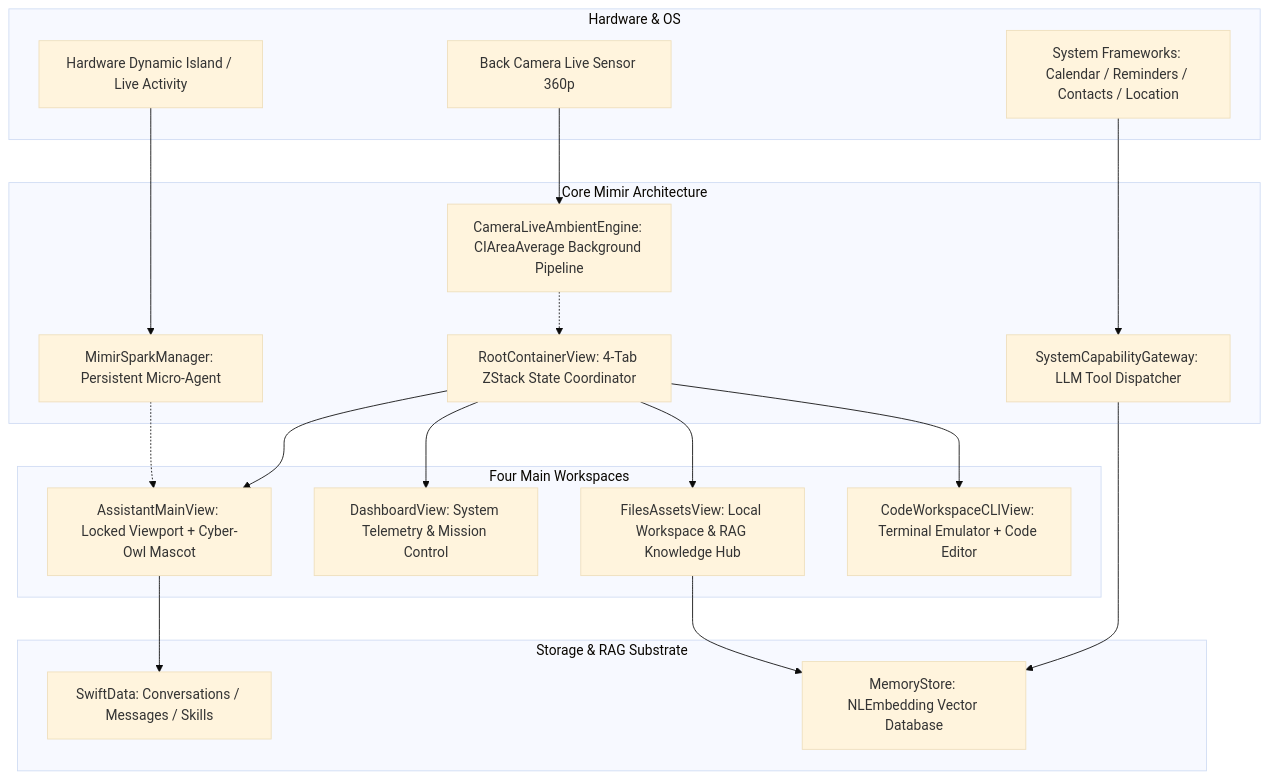
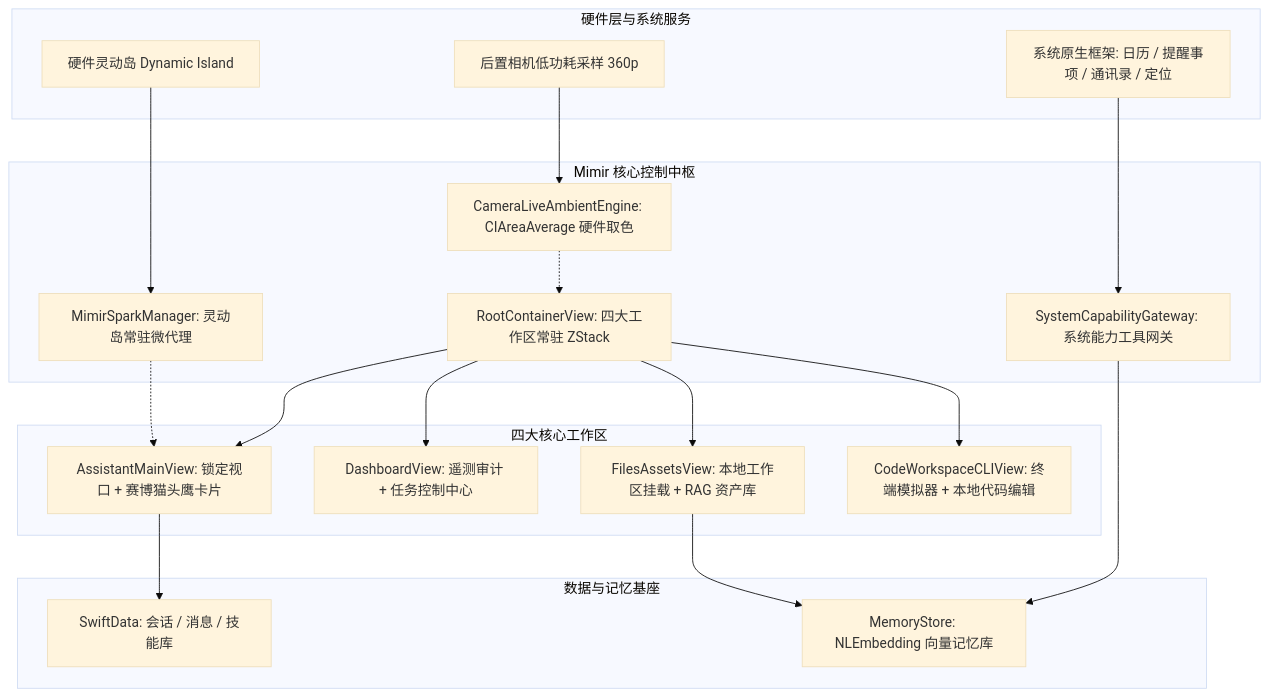
The diagram in PROJECT_HANDOVER.md (zxl1828/mimir-ios), drawn with Mermaid (base theme) before and after one commit. The commit also changed other lines of this file, not shown here.

````diff
--- a/PROJECT_HANDOVER.md
+++ b/PROJECT_HANDOVER.md
@@ -57,40 +49,40 @@
 ```mermaid
 graph TD
-    subgraph Hardware & OS
-        DI[Hardware Dynamic Island / Live Activity]
-        CAM[Back Camera Live Sensor 360p]
-        SYS[System Frameworks: Calendar / Reminders / Contacts / Location]
+    subgraph 硬件层与系统服务
+        DI[硬件灵动岛 Dynamic Island]
+        CAM[后置相机低功耗采样 360p]
+        SYS[系统原生框架: 日历 / 提醒事项 / 通讯录 / 定位]
     end
 
-    subgraph Core Mimir Architecture
-        Spark[MimirSparkManager: Persistent Micro-Agent]
-        Engine[CameraLiveAmbientEngine: CIAreaAverage Background Pipeline]
-        Gateway[SystemCapabilityGateway: LLM Tool Dispatcher]
-        Root[RootContainerView: 4-Tab ZStack State Coordinator]
+    subgraph Mimir 核心控制中枢
+        Spark[MimirSparkManager: 灵动岛常驻微代理]
+        Engine[CameraLiveAmbientEngine: CIAreaAverage 硬件取色]
+        Gateway[SystemCapabilityGateway: 系统能力工具网关]
+        Root[RootContainerView: 四大工作区常驻 ZStack]
     end
 
-    subgraph Four Main Workspaces
-        Tab1[AssistantMainView: Locked Viewport + Cyber-Owl Mascot]
-        Tab2[DashboardView: System Telemetry & Mission Control]
-        Tab3[FilesAssetsView: Local Workspace & RAG Knowledge Hub]
-        Tab4[CodeWorkspaceCLIView: Terminal Emulator + Code Editor]
+    subgraph 四大核心工作区
+        Tab1[AssistantMainView: 锁定视口 + 赛博猫头鹰卡片]
+        Tab2[DashboardView: 遥测审计 + 任务控制中心]
+        Tab3[FilesAssetsView: 本地工作区挂载 + RAG 资产库]
+        Tab4[CodeWorkspaceCLIView: 终端模拟器 + 本地代码编辑]
     end
 
-    subgraph Storage & RAG Substrate
-        Memory[MemoryStore: NLEmbedding Vector Database]
-        SD[SwiftData: Conversations / Messages / Skills]
+    subgraph 数据与记忆基座
+        Memory[MemoryStore: NLEmbedding 向量记忆库]
+        SD[SwiftData: 会话 / 消息 / 技能库]
     end
 
     DI --> Spark
     CAM --> Engine
     SYS --> Gateway
     Spark -.-> Tab1
     Engine -.-> Root
     Root --> Tab1
     Root --> Tab2
     Root --> Tab3
     Root --> Tab4
     Gateway --> Memory
     Tab1 --> SD
     Tab3 --> Memory
 ```
````
